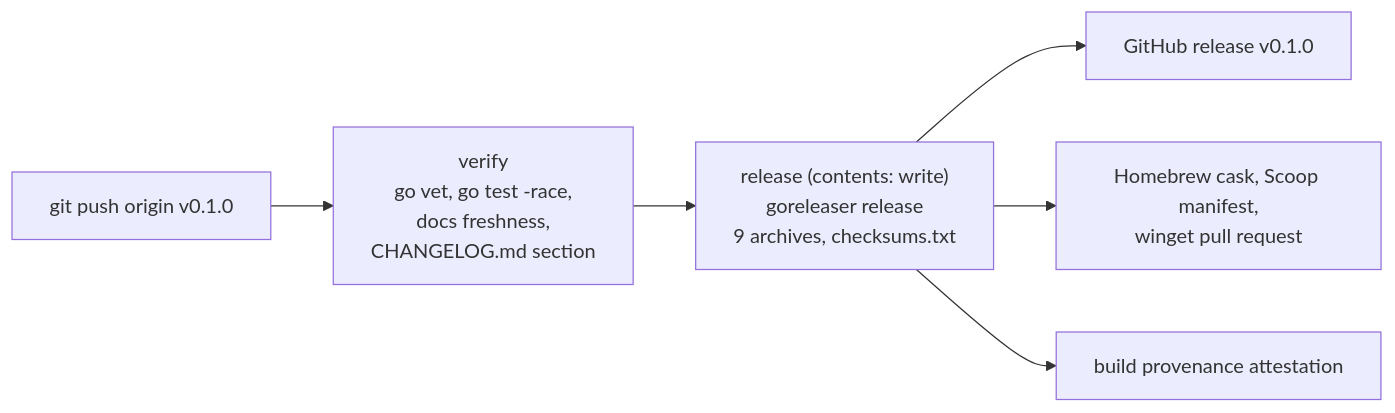
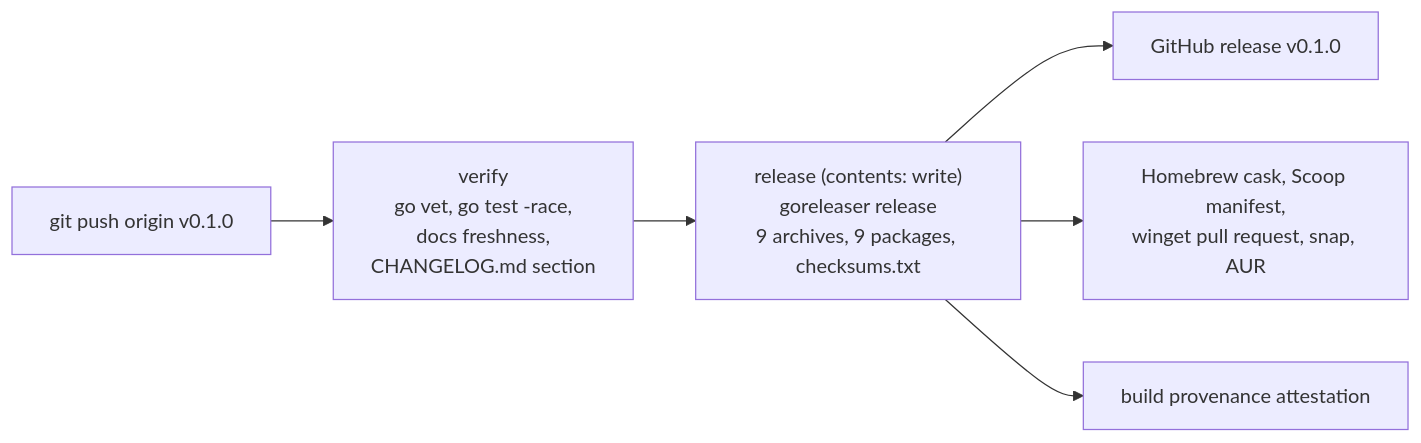
One commit to braswelljr/gnux changed the diagram in docs/workflows/ci-and-release.md. Above: the diagram before and after it, drawn with Mermaid. The commit also changed other lines of this file and 25 other files, not shown here.

````diff
--- a/docs/workflows/ci-and-release.md
+++ b/docs/workflows/ci-and-release.md
@@ -249,8 +249,8 @@
 ```mermaid
 flowchart LR
     T["git push origin v0.1.0"] --> V["verify<br/>go vet, go test -race,<br/>docs freshness,<br/>CHANGELOG.md section"]
-    V --> G["release (contents: write)<br/>goreleaser release<br/>9 archives, checksums.txt"]
+    V --> G["release (contents: write)<br/>goreleaser release<br/>9 archives, 9 packages, checksums.txt"]
     G --> R["GitHub release v0.1.0"]
-    G --> M["Homebrew cask, Scoop manifest,<br/>winget pull request"]
+    G --> M["Homebrew cask, Scoop manifest,<br/>winget pull request, snap, AUR"]
     G --> A["build provenance attestation"]
 ```
````
